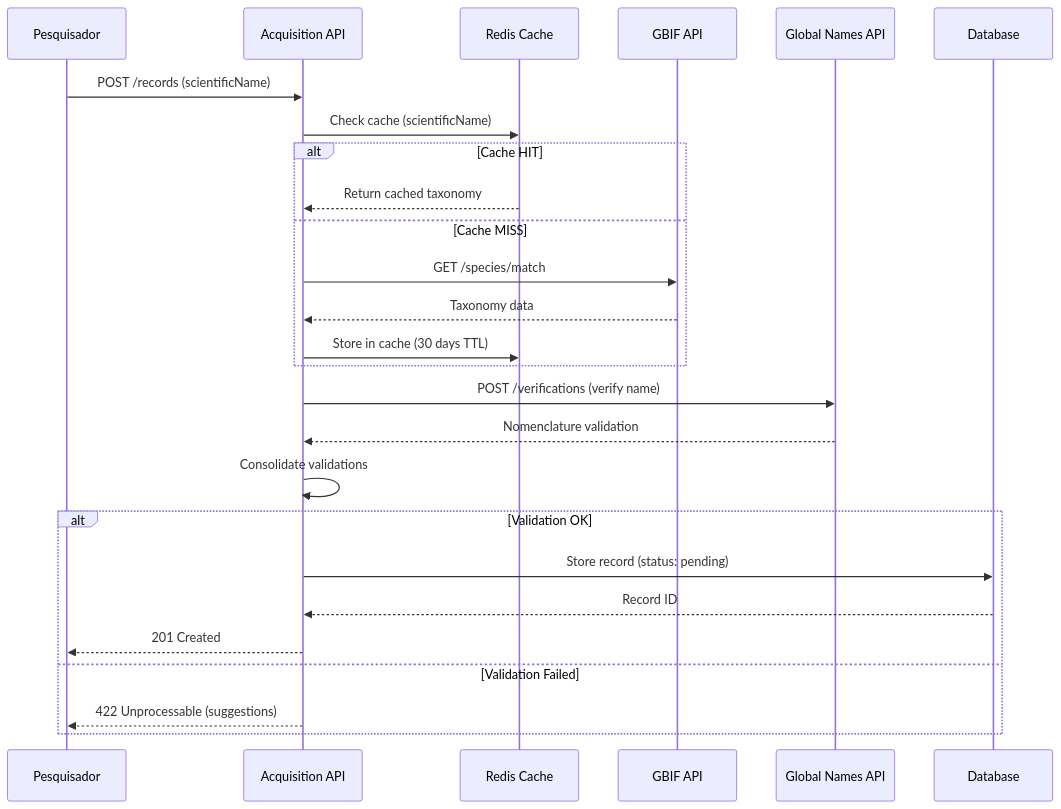
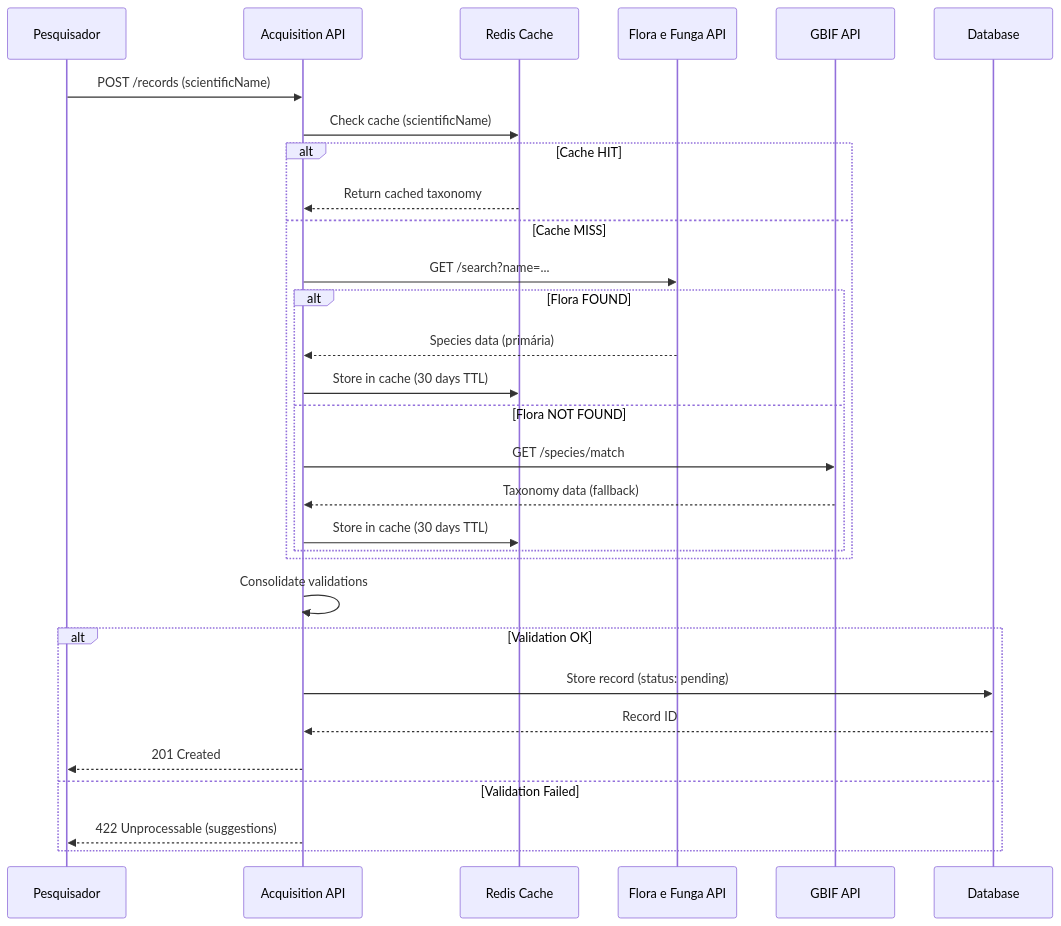
The diagram in docs/diagrams/integration-patterns.md (edalcin/etnoArquitetura), drawn with Mermaid before and after one commit. The commit also changed other lines of this file and 4 other files, not shown here.

First line of the commit message:
Replace Global Names Verifier with Flora e Funga do Brasil as primary validation

````diff
--- a/docs/diagrams/integration-patterns.md
+++ b/docs/diagrams/integration-patterns.md
@@ -641,33 +684,37 @@
 ```mermaid
 sequenceDiagram
     participant User as Pesquisador
     participant API as Acquisition API
     participant Cache as Redis Cache
+    participant Flora as Flora e Funga API
     participant GBIF as GBIF API
-    participant GN as Global Names API
     participant DB as Database
 
     User->>API: POST /records (scientificName)
     API->>Cache: Check cache (scientificName)
 
     alt Cache HIT
         Cache-->>API: Return cached taxonomy
     else Cache MISS
-        API->>GBIF: GET /species/match
-        GBIF-->>API: Taxonomy data
-        API->>Cache: Store in cache (30 days TTL)
+        API->>Flora: GET /search?name=...
+
+        alt Flora FOUND
+            Flora-->>API: Species data (primária)
+            API->>Cache: Store in cache (30 days TTL)
+        else Flora NOT FOUND
+            API->>GBIF: GET /species/match
+            GBIF-->>API: Taxonomy data (fallback)
+            API->>Cache: Store in cache (30 days TTL)
+        end
     end
-
-    API->>GN: POST /verifications (verify name)
-    GN-->>API: Nomenclature validation
 
     API->>API: Consolidate validations
 
     alt Validation OK
         API->>DB: Store record (status: pending)
         DB-->>API: Record ID
         API-->>User: 201 Created
     else Validation Failed
         API-->>User: 422 Unprocessable (suggestions)
     end
 ```
````
